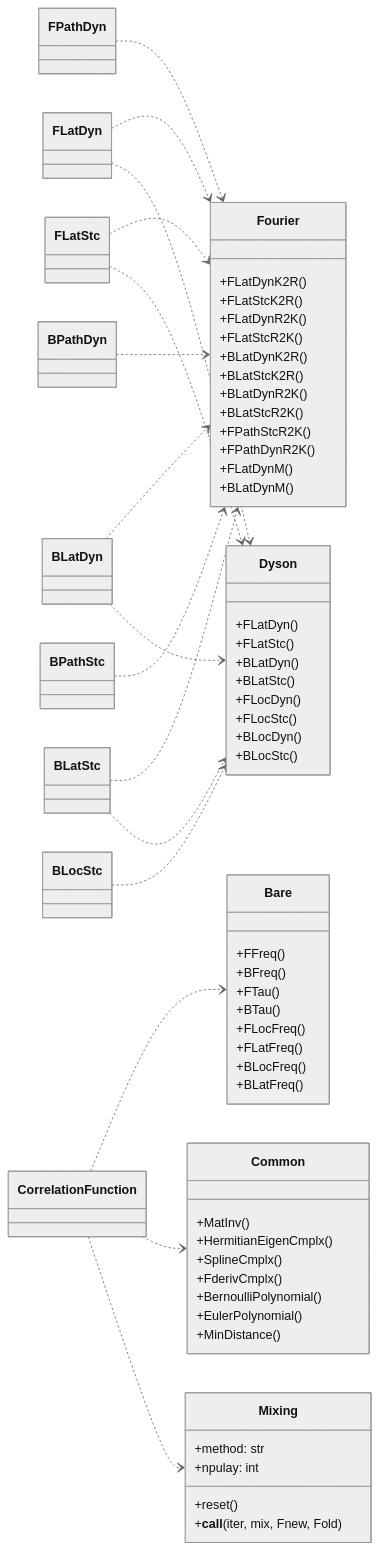
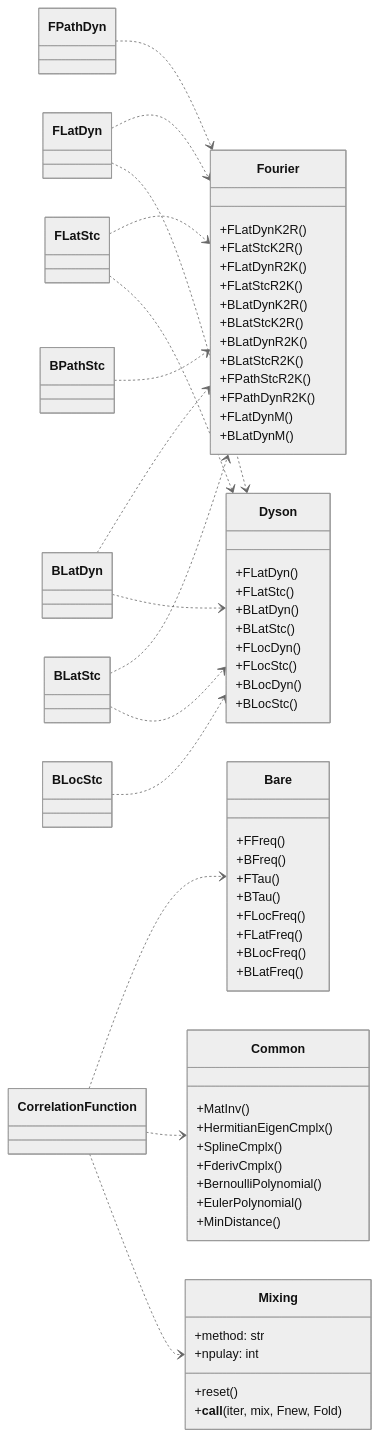
The fourth of 4 diagrams in docs/SerialClassDiagram.md (QAssemble/qassemble), drawn with Mermaid (neutral theme) before and after one commit. The commit also changed other lines of this file and 7 other files, not shown here.

````diff
--- a/docs/SerialClassDiagram.md
+++ b/docs/SerialClassDiagram.md
@@ -311,70 +306,69 @@
 ```mermaid
 classDiagram
     direction LR
     class Fourier {
         +FLatDynK2R()
         +FLatStcK2R()
         +FLatDynR2K()
         +FLatStcR2K()
         +BLatDynK2R()
         +BLatStcK2R()
         +BLatDynR2K()
         +BLatStcR2K()
         +FPathStcR2K()
         +FPathDynR2K()
         +FLatDynM()
         +BLatDynM()
     }
     class Dyson {
         +FLatDyn()
         +FLatStc()
         +BLatDyn()
         +BLatStc()
         +FLocDyn()
         +FLocStc()
         +BLocDyn()
         +BLocStc()
     }
     class Bare {
         +FFreq()
         +BFreq()
         +FTau()
         +BTau()
         +FLocFreq()
         +FLatFreq()
         +BLocFreq()
         +BLatFreq()
     }
     class Common {
         +MatInv()
         +HermitianEigenCmplx()
         +SplineCmplx()
         +FderivCmplx()
         +BernoulliPolynomial()
         +EulerPolynomial()
         +MinDistance()
     }
 
     class Mixing {
         +method: str
         +npulay: int
         +reset()
         +__call__(iter, mix, Fnew, Fold)
     }
 
     FLatDyn ..> Fourier
     FLatStc ..> Fourier
     FPathDyn ..> Fourier
     BLatDyn ..> Fourier
     BLatStc ..> Fourier
-    BPathDyn ..> Fourier
     BPathStc ..> Fourier
     FLatDyn ..> Dyson
     FLatStc ..> Dyson
     BLatDyn ..> Dyson
     BLatStc ..> Dyson
     BLocStc ..> Dyson
     CorrelationFunction ..> Bare
     CorrelationFunction ..> Common
     CorrelationFunction ..> Mixing
 ```
````
